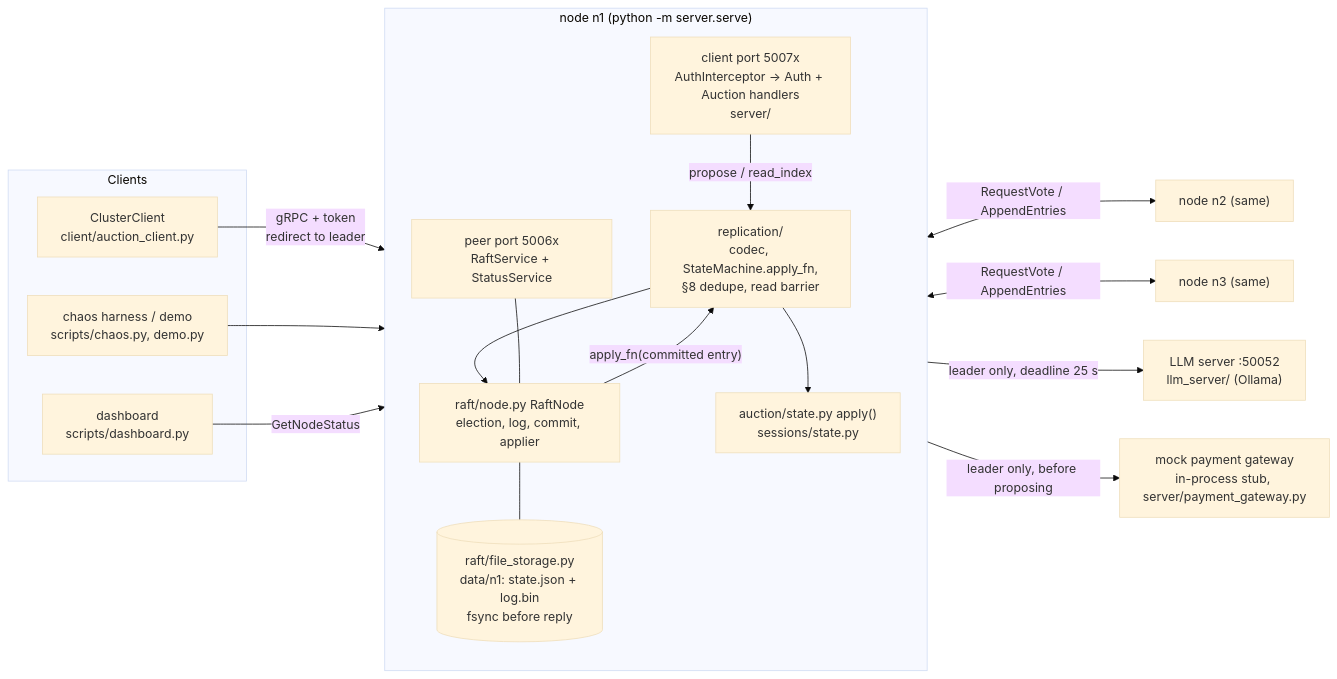
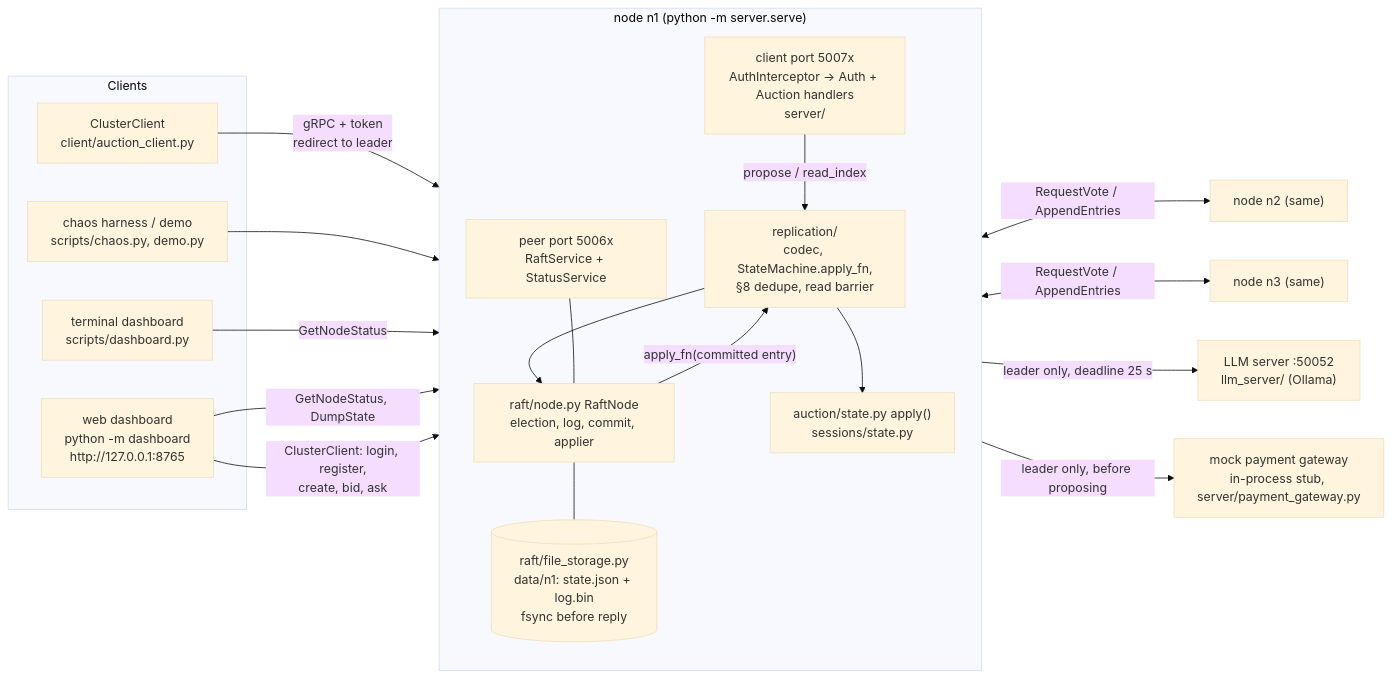
One commit to MrudulDhaduk/Distributed-Auction-System changed the diagram in README.md. Above: the diagram before and after it, drawn with Mermaid (base theme). The commit also changed other lines of this file, not shown here.

First line of the commit message:
README: dashboard walkthrough and validation rules

````diff
--- a/README.md
+++ b/README.md
@@ -27,35 +32,38 @@
 ```mermaid
 flowchart LR
     subgraph Clients
         C1[ClusterClient<br/>client/auction_client.py]
         H[chaos harness / demo<br/>scripts/chaos.py, demo.py]
-        D[dashboard<br/>scripts/dashboard.py]
+        D[terminal dashboard<br/>scripts/dashboard.py]
+        W[web dashboard<br/>python -m dashboard<br/>http://127.0.0.1:8765]
     end
 
     subgraph N1["node n1 (python -m server.serve)"]
         direction TB
         A1["client port 5007x<br/>AuthInterceptor → Auth + Auction handlers<br/>server/"]
         R1["replication/<br/>codec, StateMachine.apply_fn,<br/>§8 dedupe, read barrier"]
         S1["auction/state.py apply()<br/>sessions/state.py"]
         K1["raft/node.py RaftNode<br/>election, log, commit, applier"]
         F1[("raft/file_storage.py<br/>data/n1: state.json + log.bin<br/>fsync before reply")]
         P1["peer port 5006x<br/>RaftService + StatusService"]
         A1 -- "propose / read_index" --> R1 --> K1
         K1 -- "apply_fn(committed entry)" --> R1 --> S1
         K1 --- F1
         P1 --- K1
     end
 
     N2["node n2 (same)"]
     N3["node n3 (same)"]
     L["LLM server :50052<br/>llm_server/ (Ollama)"]
     G["mock payment gateway<br/>in-process stub, server/payment_gateway.py"]
 
     C1 -- "gRPC + token<br/>redirect to leader" --> A1
     H --> A1
     D -- "GetNodeStatus" --> P1
+    W -- "GetNodeStatus, DumpState" --> P1
+    W -- "ClusterClient: login, register,<br/>create, bid, ask" --> A1
     P1 <-- "RequestVote / AppendEntries" --> N2
     P1 <-- "RequestVote / AppendEntries" --> N3
     A1 -- "leader only, deadline 25 s" --> L
     A1 -- "leader only, before proposing" --> G
 ```
````
